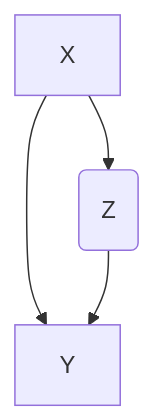
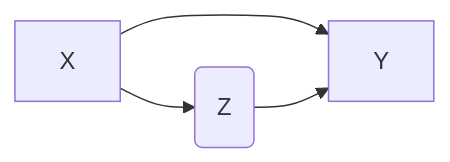
Before and after one commit to csinva/csinva.github.io: the diagram in _notes/ai/ml.md, drawn with Mermaid. The commit also changed other lines of this file and 40 other files, not shown here.

````diff
--- a/_notes/ai/ml.md
+++ b/_notes/ai/ml.md
@@ -16,6 +109,6 @@
 ```mermaid
-graph TD;
+graph LR;
   X-->Y;
   X --> Z(Z)
   Z --> Y
 ```
````
